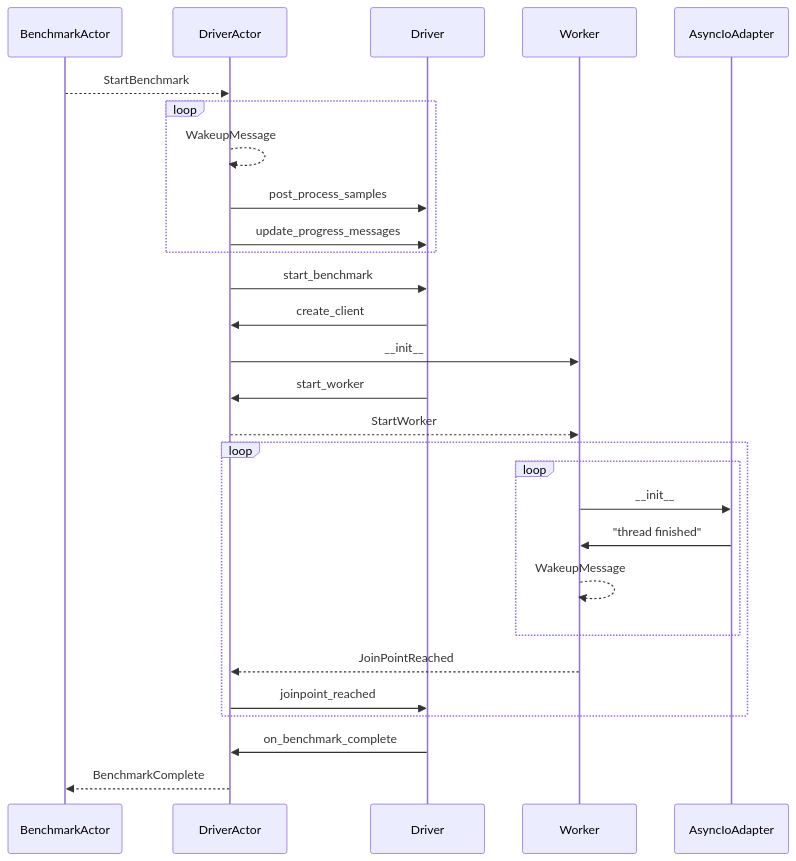
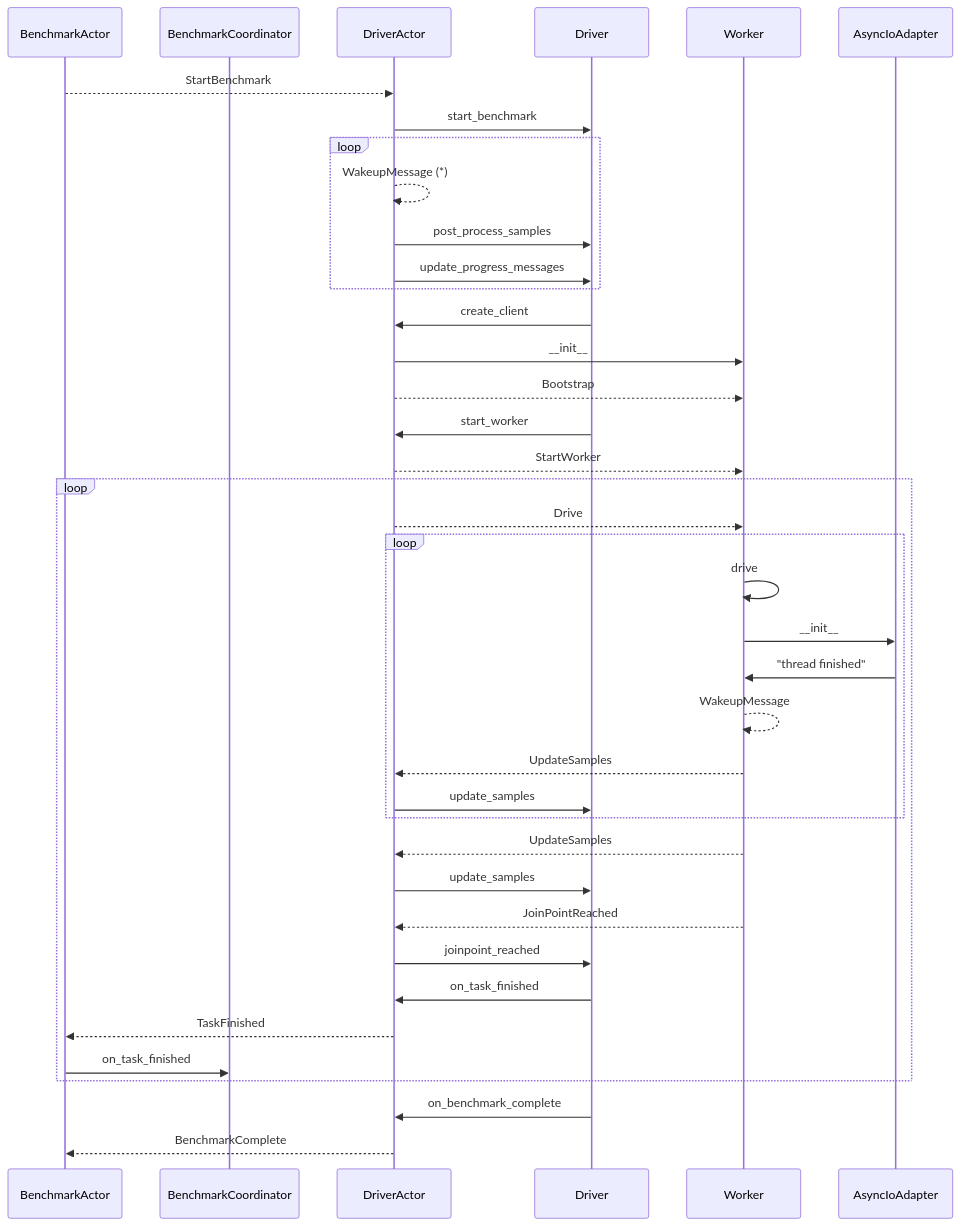
One commit to elastic/rally changed the second of 2 diagrams in docs/architecture/actor_system.md. Above: the diagram before and after it, drawn with Mermaid. The commit also changed other lines of this file, not shown here.

Commit message:
Add BenchmarkCoordinator and complete StartBenchmark

````diff
--- a/docs/architecture/actor_system.md
+++ b/docs/architecture/actor_system.md
@@ -93,25 +98,37 @@
 ```mermaid
 sequenceDiagram
+    participant BenchmarkActor
+    participant BenchmarkCoordinator
     BenchmarkActor -->> DriverActor: StartBenchmark
+    DriverActor ->> Driver: start_benchmark
     loop
-        DriverActor -->> DriverActor: WakeupMessage
+        DriverActor -->> DriverActor: WakeupMessage (*)
         DriverActor ->> Driver: post_process_samples
         DriverActor ->> Driver: update_progress_messages
     end
-    DriverActor ->> Driver: start_benchmark
     Driver ->> DriverActor: create_client
     DriverActor ->> Worker: __init__
+    DriverActor -->> Worker: Bootstrap
     Driver ->> DriverActor: start_worker
     DriverActor -->> Worker: StartWorker
     loop
+        DriverActor -->> Worker: Drive
         loop
+            Worker ->> Worker: drive
             Worker ->> AsyncIoAdapter: __init__
             AsyncIoAdapter ->> Worker: "thread finished"
             Worker -->> Worker: WakeupMessage
+            Worker -->> DriverActor: UpdateSamples
+            DriverActor ->> Driver: update_samples
         end
+        Worker -->> DriverActor: UpdateSamples
+        DriverActor ->> Driver: update_samples
         Worker -->> DriverActor: JoinPointReached
         DriverActor ->> Driver: joinpoint_reached
+        Driver ->> DriverActor: on_task_finished
+        DriverActor -->> BenchmarkActor: TaskFinished
+        BenchmarkActor ->> BenchmarkCoordinator: on_task_finished
     end
     Driver ->> DriverActor: on_benchmark_complete
     DriverActor -->> BenchmarkActor: BenchmarkComplete
 ```
````
